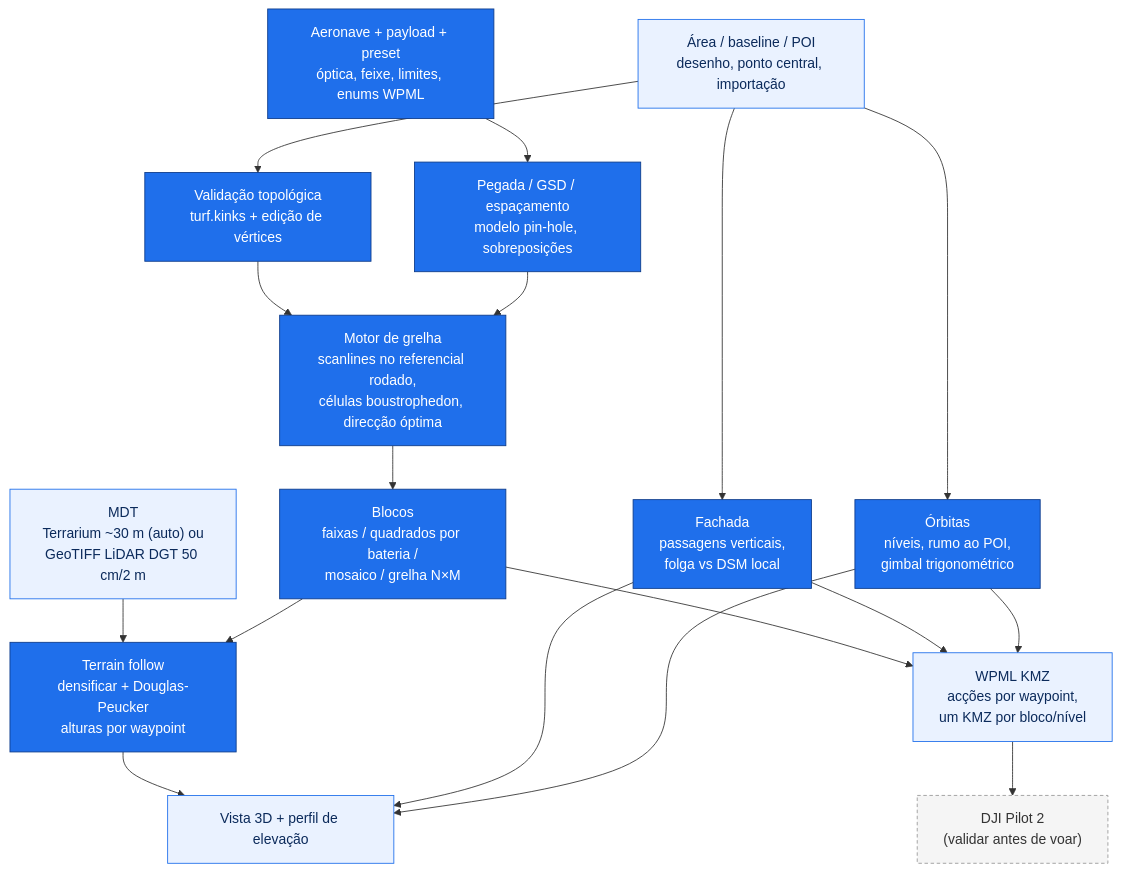
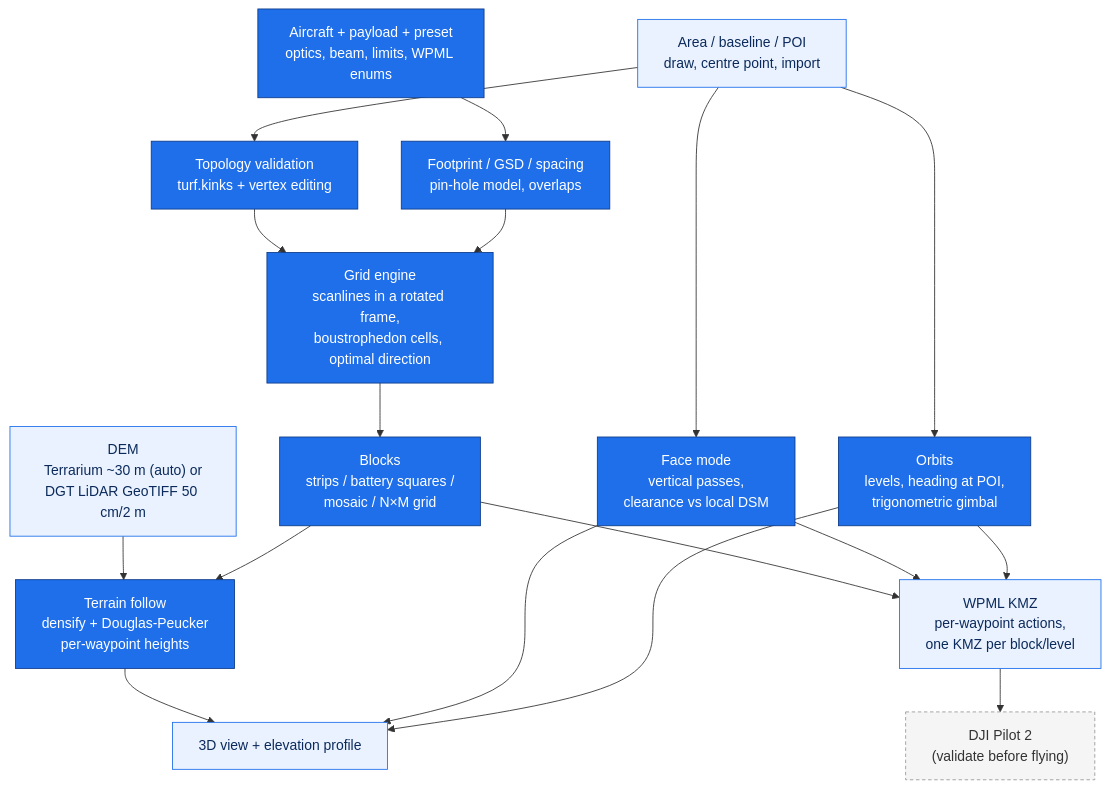
The diagram in README.md (PedroMMGoncalves/dji-mission-planner), drawn with Mermaid before and after one commit. The commit also changed other lines of this file and 1 other file, not shown here.

````diff
--- a/README.md
+++ b/README.md
@@ -67,31 +69,31 @@
 ```mermaid
 flowchart TD
-    P["Aeronave + payload + preset<br/>óptica, feixe, limites, enums WPML"]
-    P --> C["Pegada / GSD / espaçamento<br/>modelo pin-hole, sobreposições"]
-    A["Área / baseline / POI<br/>desenho, ponto central, importação"]
-    A --> V["Validação topológica<br/>turf.kinks + edição de vértices"]
-    V --> G["Motor de grelha<br/>scanlines no referencial rodado,<br/>células boustrophedon, direcção óptima"]
+    P["Aircraft + payload + preset<br/>optics, beam, limits, WPML enums"]
+    P --> C["Footprint / GSD / spacing<br/>pin-hole model, overlaps"]
+    A["Area / baseline / POI<br/>draw, centre point, import"]
+    A --> V["Topology validation<br/>turf.kinks + vertex editing"]
+    V --> G["Grid engine<br/>scanlines in a rotated frame,<br/>boustrophedon cells, optimal direction"]
     C --> G
-    G --> B["Blocos<br/>faixas / quadrados por bateria /<br/>mosaico / grelha N×M"]
-    D["MDT<br/>Terrarium ~30 m (auto) ou<br/>GeoTIFF LiDAR DGT 50 cm/2 m"]
-    D --> T["Terrain follow<br/>densificar + Douglas-Peucker<br/>alturas por waypoint"]
+    G --> B["Blocks<br/>strips / battery squares /<br/>mosaic / N×M grid"]
+    D["DEM<br/>Terrarium ~30 m (auto) or<br/>DGT LiDAR GeoTIFF 50 cm/2 m"]
+    D --> T["Terrain follow<br/>densify + Douglas-Peucker<br/>per-waypoint heights"]
     B --> T
-    FC["Fachada<br/>passagens verticais,<br/>folga vs DSM local"]
-    OR["Órbitas<br/>níveis, rumo ao POI,<br/>gimbal trigonométrico"]
+    FC["Face mode<br/>vertical passes,<br/>clearance vs local DSM"]
+    OR["Orbits<br/>levels, heading at POI,<br/>trigonometric gimbal"]
     A --> FC
     A --> OR
-    T --> O3["Vista 3D + perfil de elevação"]
+    T --> O3["3D view + elevation profile"]
     FC --> O3
     OR --> O3
-    B --> E2["WPML KMZ<br/>acções por waypoint,<br/>um KMZ por bloco/nível"]
+    B --> E2["WPML KMZ<br/>per-waypoint actions,<br/>one KMZ per block/level"]
     FC --> E2
     OR --> E2
-    E2 --> PILOT["DJI Pilot 2<br/>(validar antes de voar)"]
+    E2 --> PILOT["DJI Pilot 2<br/>(validate before flying)"]
 
     classDef step fill:#1f6feb,stroke:#0d3b8a,color:#ffffff;
     classDef data fill:#eaf2ff,stroke:#1f6feb,color:#0b2a5b;
     classDef ext fill:#f5f5f5,stroke:#999999,color:#333333,stroke-dasharray:4 3;
     class P,C,V,G,B,T,FC,OR step;
     class A,D,O3,E2 data;
     class PILOT ext;
 ```
````
